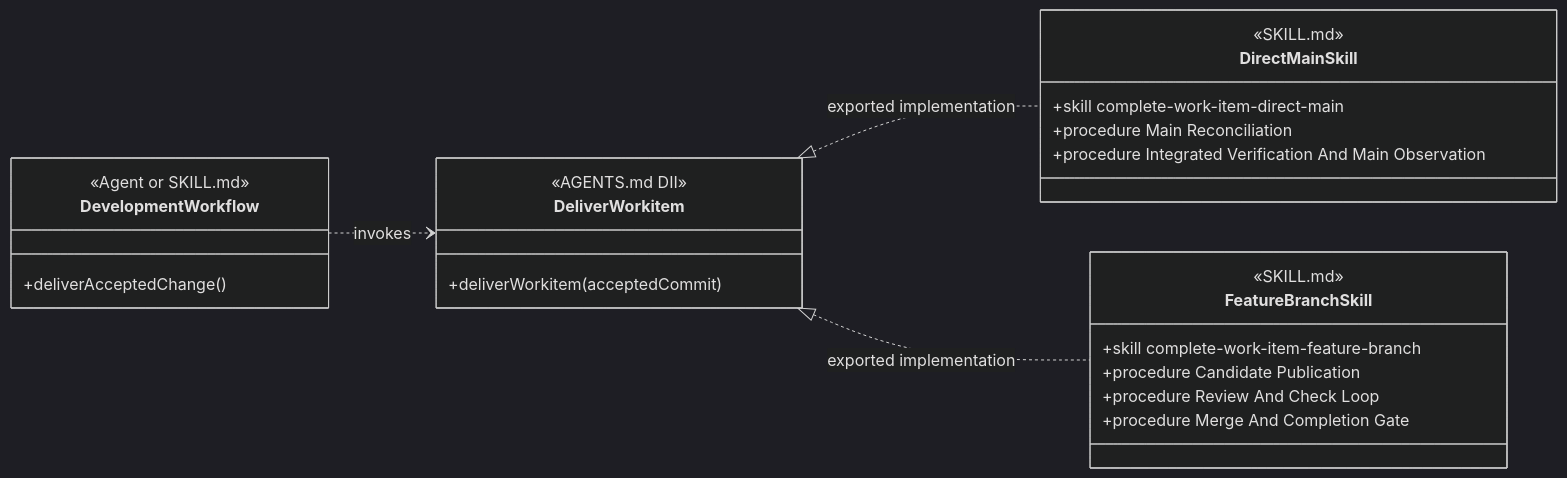
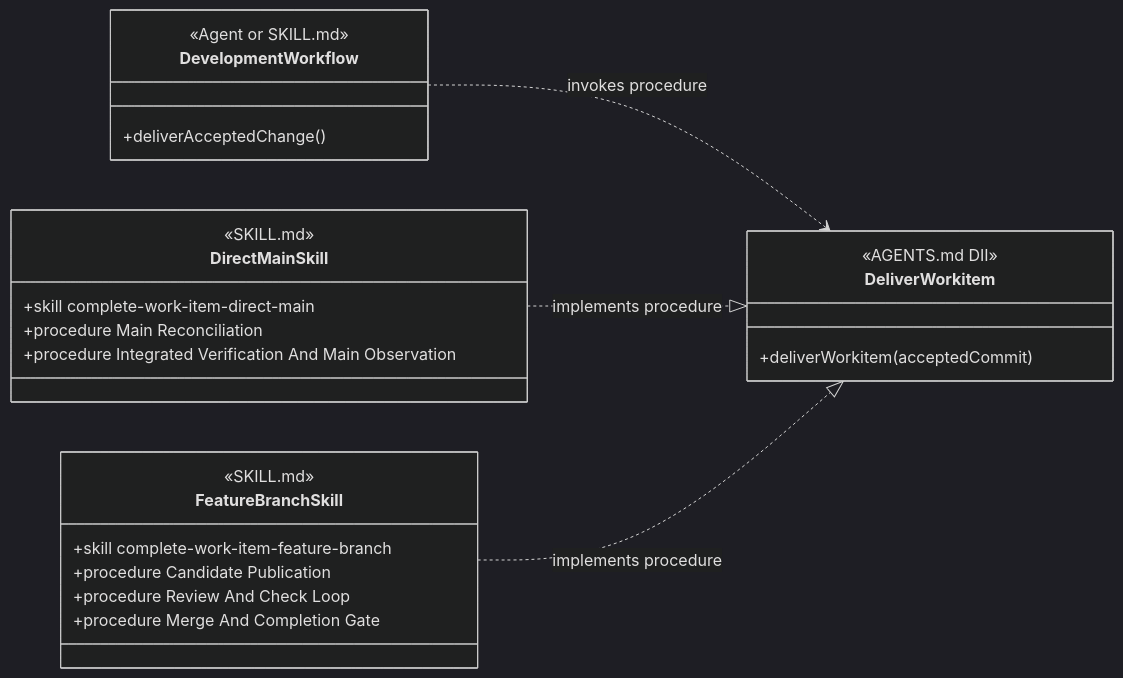
The tenth of 12 diagrams in design/object-oriented-agent-and-skill-model.md (martinbechard/dev-methodology), drawn with Mermaid (dark theme) before and after one commit. The commit also changed other lines of this file and 2 other files, not shown here.

Commit message:
Define diagram relationship notation

````diff
--- a/design/object-oriented-agent-and-skill-model.md
+++ b/design/object-oriented-agent-and-skill-model.md
@@ -458,35 +536,35 @@
 ```mermaid
 classDiagram
     direction LR
 
     class DevelopmentWorkflow {
         <<Agent or SKILL.md>>
         +deliverAcceptedChange()
     }
 
     class DeliverWorkitem {
         <<AGENTS.md DII>>
         +deliverWorkitem(acceptedCommit)
     }
 
     class DirectMainSkill {
         <<SKILL.md>>
         <<Injectable Skill>>
         +skill complete-work-item-direct-main
         +procedure Main Reconciliation
         +procedure Integrated Verification And Main Observation
     }
 
     class FeatureBranchSkill {
         <<SKILL.md>>
         <<Injectable Skill>>
         +skill complete-work-item-feature-branch
         +procedure Candidate Publication
         +procedure Review And Check Loop
         +procedure Merge And Completion Gate
     }
 
-    DevelopmentWorkflow ..> DeliverWorkitem : invokes
-    DeliverWorkitem <|.. DirectMainSkill : exported implementation
-    DeliverWorkitem <|.. FeatureBranchSkill : exported implementation
+    DevelopmentWorkflow ..> DeliverWorkitem : invokes procedure
+    DirectMainSkill ..|> DeliverWorkitem : implements procedure
+    FeatureBranchSkill ..|> DeliverWorkitem : implements procedure
 ```
````
